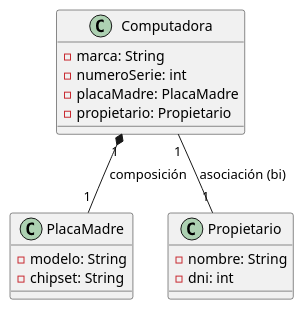
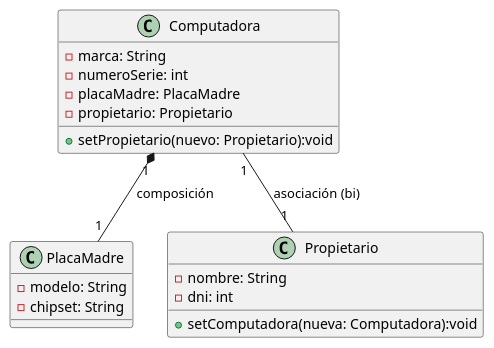
Before and after one commit to guillecampoy/tp5-UML: the diagram in docs/uml/plantuml/05-computadora-placaMadre-propietario.puml, drawn with PlantUML. The commit also changed 13 other files, not shown here.

Commit message:
Se ajustan archivos puml(UML) con nombres de variables, atributos faltantes

```diff
--- a/docs/uml/plantuml/05-computadora-placaMadre-propietario.puml
+++ b/docs/uml/plantuml/05-computadora-placaMadre-propietario.puml
@@ -1,20 +1,22 @@
 @startuml
 class Computadora {
 -marca: String
 -numeroSerie: int
 -placaMadre: PlacaMadre
 -propietario: Propietario
++setPropietario(nuevo: Propietario):void
 }
 class PlacaMadre {
 -modelo: String
 -chipset: String
 }
 
 class Propietario {
 -nombre: String
 -dni: int
++setComputadora(nueva: Computadora):void
 }
 
 Computadora "1" *-- "1" PlacaMadre : composición
 Computadora "1" -- "1" Propietario : asociación (bi)
 @enduml
```
